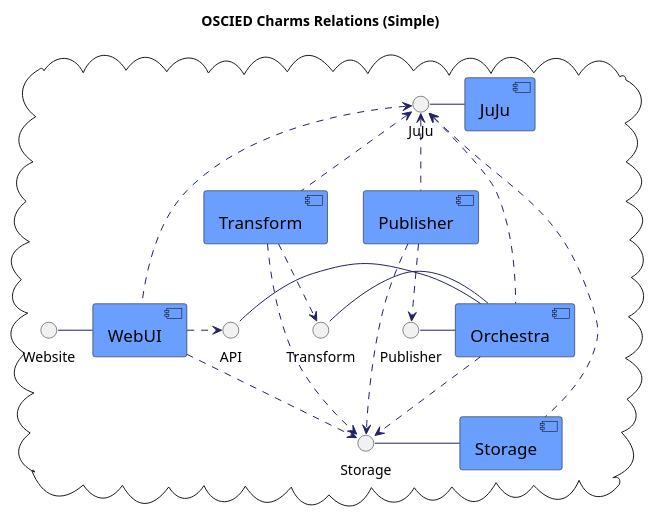
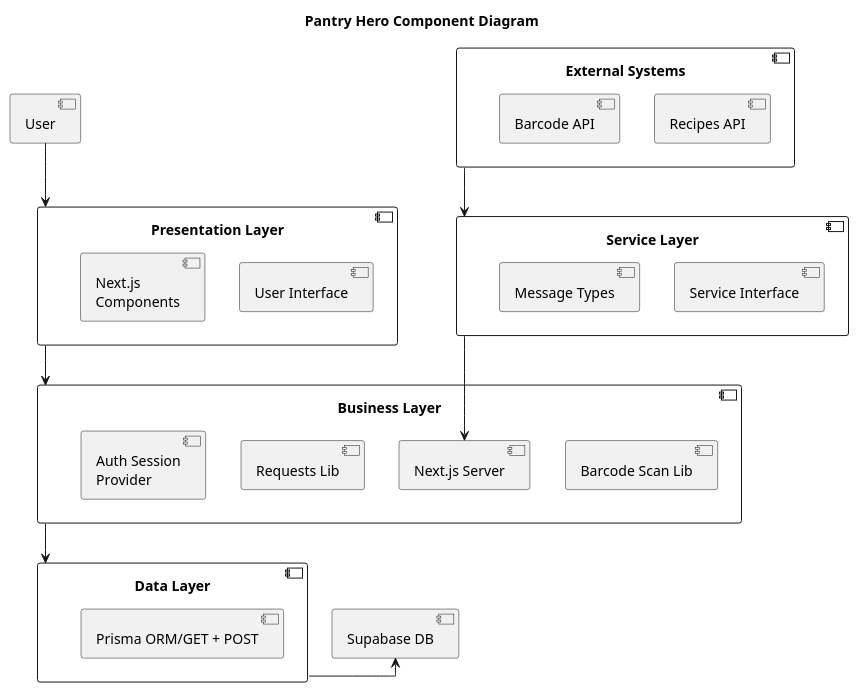
One commit to CSEN-174-W25/csen-174-pantryhero changed the diagram in componentDiagram.plantuml. Above: the diagram before and after it, drawn with PlantUML.

Commit message:
Update componentDiagram.plantuml
Completed component diagram

```diff
--- a/componentDiagram.plantuml
+++ b/componentDiagram.plantuml
@@ -1,50 +1,40 @@
-@startuml
+@startuml componentDiagram
 
-skinparam component {
-    FontColor          black
-    AttributeFontColor black
-    FontSize           17
-    AttributeFontSize  15
-    AttributeFontname  Droid Sans Mono
-    BackgroundColor    #6A9EFF
-    BorderColor        black
-    ArrowColor         #222266
+skinparam linetype ortho
+title "Pantry Hero Component Diagram"
+
+component "Presentation Layer" {
+    [User Interface]
+    [Next.js\nComponents]
 }
 
-title "OSCIED Charms Relations (Simple)"
-skinparam componentStyle uml2
-
-cloud {
-    interface "JuJu" as juju
-    interface "API" as api
-    interface "Storage" as storage
-    interface "Transform" as transform
-    interface "Publisher" as publisher
-    interface "Website" as website
-
-    juju - [JuJu]
-
-    website - [WebUI]
-    [WebUI] .up.> juju
-    [WebUI] .down.> storage
-    [WebUI] .right.> api
-
-    api - [Orchestra]
-    transform - [Orchestra]
-    publisher - [Orchestra]
-    [Orchestra] .up.> juju
-    [Orchestra] .down.> storage
-
-    [Transform] .up.> juju
-    [Transform] .down.> storage
-    [Transform] ..> transform
-
-    [Publisher] .up.> juju
-    [Publisher] .down.> storage
-    [Publisher] ..> publisher
-
-    storage - [Storage]
-    [Storage] .up.> juju
+component "Business Layer" {
+    [Auth Session\nProvider] -[hidden]> [Requests Lib]
+    [Requests Lib] -[hidden]> [Next.js Server]
+    [Next.js Server] -[hidden]> [Barcode Scan Lib]
+    
 }
 
+component "Data Layer" {
+    [Prisma ORM/GET + POST]
+}
+
+component "External Systems" {
+    [Recipes API]
+    [Barcode API]
+} 
+
+component "Service Layer" {
+    [Service Interface]
+    [Message Types]
+}
+
+
+[User] -d-> [Presentation Layer]
+[Presentation Layer] -d-> [Business Layer]
+[Business Layer] -d-> [Data Layer]
+[Data Layer] -r-> [Supabase DB]
+[External Systems] -d-> [Service Layer]
+[Service Layer] -d-> [Next.js Server]
+
 @endum
```
